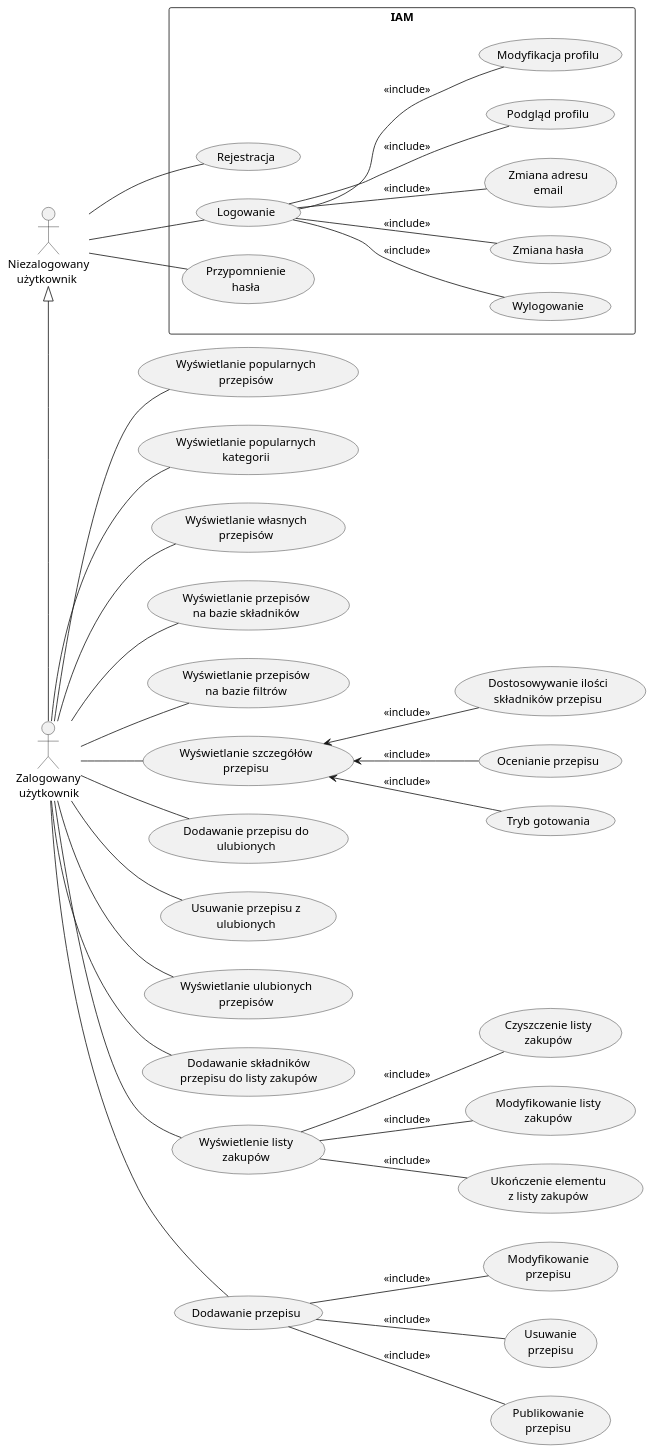
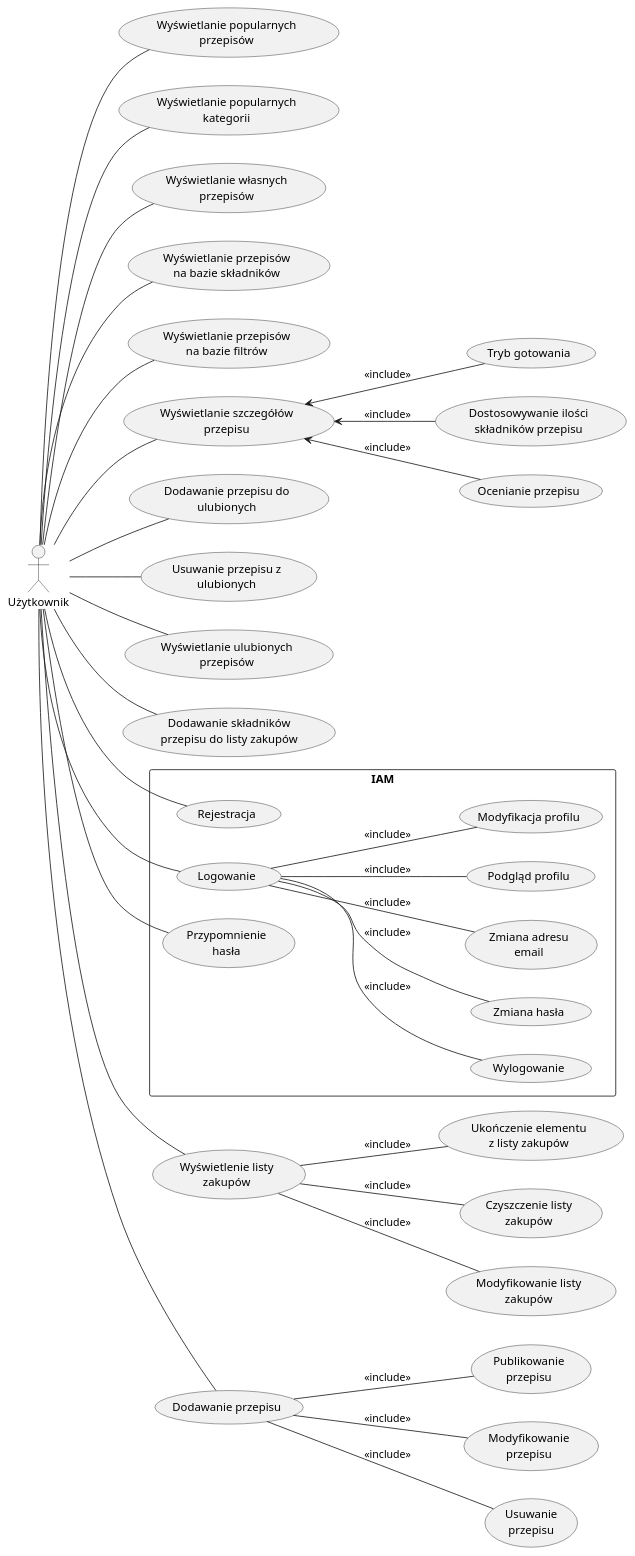
Before and after one commit to oskarski/inzynierka: the diagram in docs/use-case.puml, drawn with PlantUML.

Commit message:
dropped logged in / anonymous users in favor of "user"

```diff
--- a/docs/use-case.puml
+++ b/docs/use-case.puml
@@ -1,82 +1,79 @@
 @startuml
 left to right direction
 
-actor "Niezalogowany\n   użytkownik" as anonymous_user
-actor "Zalogowany\n użytkownik" as logged_in_user
+actor "Użytkownik" as user
 
 rectangle IAM {
     usecase "Rejestracja" as iam_register
     usecase "Logowanie" as iam_login
     usecase "Przypomnienie\nhasła" as iam_forgot_password
     usecase "Wylogowanie" as iam_logout
     usecase "Zmiana hasła" as iam_password_change
     usecase "Zmiana adresu\nemail" as iam_email_change
     usecase "Podgląd profilu" as iam_me_details
     usecase "Modyfikacja profilu" as iam_me_edit
 }
 
 usecase "Wyświetlanie popularnych\nprzepisów" as home_popular_recipes
 usecase "Wyświetlanie popularnych\nkategorii" as home_popular_categories
 usecase "Wyświetlanie własnych\nprzepisów" as home_my_recipes
 
 usecase "Wyświetlanie przepisów\nna bazie składników" as recipes_by_ingredients
 usecase "Wyświetlanie przepisów\nna bazie filtrów" as recipes_by_filters
 
 usecase "Wyświetlanie szczegółów\nprzepisu" as recipe_details
 usecase "Dostosowywanie ilości\nskładników przepisu" as recipe_details_adjust_quantity
 usecase "Ocenianie przepisu" as recipe_details_rate
 usecase "Tryb gotowania" as recipe_details_cooking_mode
 
 usecase "Dodawanie przepisu do\nulubionych" as add_recipe_to_favourite
 usecase "Usuwanie przepisu z\nulubionych" as remove_recipe_from_favourite
 usecase "Wyświetlanie ulubionych\nprzepisów" as favourite_recipes
 
 usecase "Dodawanie składników\nprzepisu do listy zakupów" as add_recipe_ingredients_to_shopping_list
 usecase "Wyświetlenie listy\nzakupów" as shopping_list
 usecase "Czyszczenie listy\nzakupów" as shopping_list_clear
 usecase "Modyfikowanie listy\nzakupów" as shopping_list_edit
 usecase "Ukończenie elementu\nz listy zakupów" as shopping_list_complete
 
 usecase "Dodawanie przepisu" as add_recipe
 usecase "Modyfikowanie\nprzepisu" as edit_recipe
 usecase "Usuwanie\nprzepisu" as delete_recipe
 usecase "Publikowanie\nprzepisu" as publish_recipe
 
-anonymous_user <|-right- logged_in_user
-
-anonymous_user -- iam_register
-anonymous_user -- iam_login
-anonymous_user -- iam_forgot_password
+user -- iam_register
+user -- iam_login
+user -- iam_forgot_password
 iam_login -- iam_logout : <<include>>
 iam_login -- iam_password_change : <<include>>
 iam_login -- iam_email_change : <<include>>
 iam_login -- iam_me_details : <<include>>
 iam_login -- iam_me_edit : <<include>>
 
-logged_in_user -- home_popular_recipes
-logged_in_user -- home_popular_categories
-logged_in_user -- home_my_recipes
+user -- home_popular_recipes
+user -- home_popular_categories
+user -- home_my_recipes
 
-logged_in_user -- recipes_by_ingredients
-logged_in_user -- recipes_by_filters
+user -- recipes_by_ingredients
+user -- recipes_by_filters
 
-logged_in_user -- recipe_details
+user -- recipe_details
 recipe_details <-- recipe_details_adjust_quantity : <<include>>
 recipe_details <-- recipe_details_rate : <<include>>
 recipe_details <-- recipe_details_cooking_mode : <<include>>
 
-logged_in_user -- add_recipe_to_favourite
-logged_in_user -- remove_recipe_from_favourite
-logged_in_user -- favourite_recipes
+user -- add_recipe_to_favourite
+user -- remove_recipe_from_favourite
+user -- favourite_recipes
 
-logged_in_user -- add_recipe_ingredients_to_shopping_list
-logged_in_user -- shopping_list
+user -- add_recipe_ingredients_to_shopping_list
+user -- shopping_list
 shopping_list -- shopping_list_clear : <<include>>
 shopping_list -- shopping_list_edit : <<include>>
 shopping_list -- shopping_list_complete : <<include>>
 
-logged_in_user -- add_recipe
+user -- add_recipe
 add_recipe -- publish_recipe : <<include>>
 add_recipe -- edit_recipe : <<include>>
 add_recipe -- delete_recipe : <<include>>
 @enduml
```
